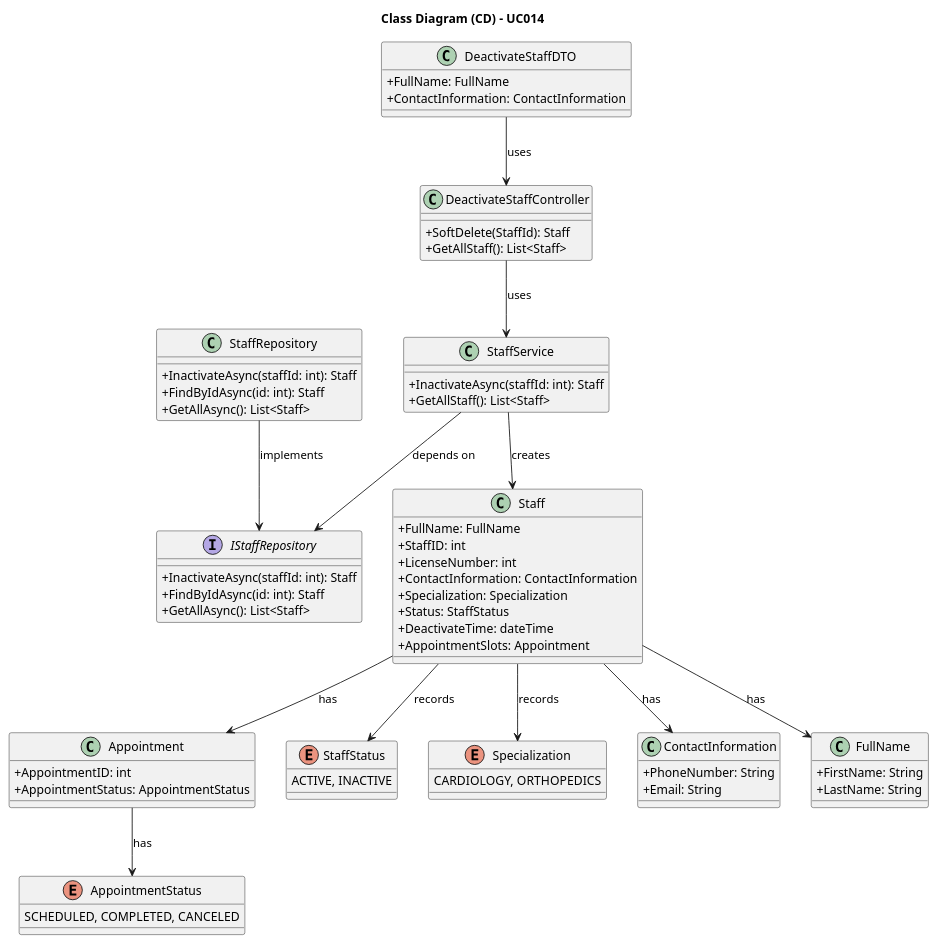
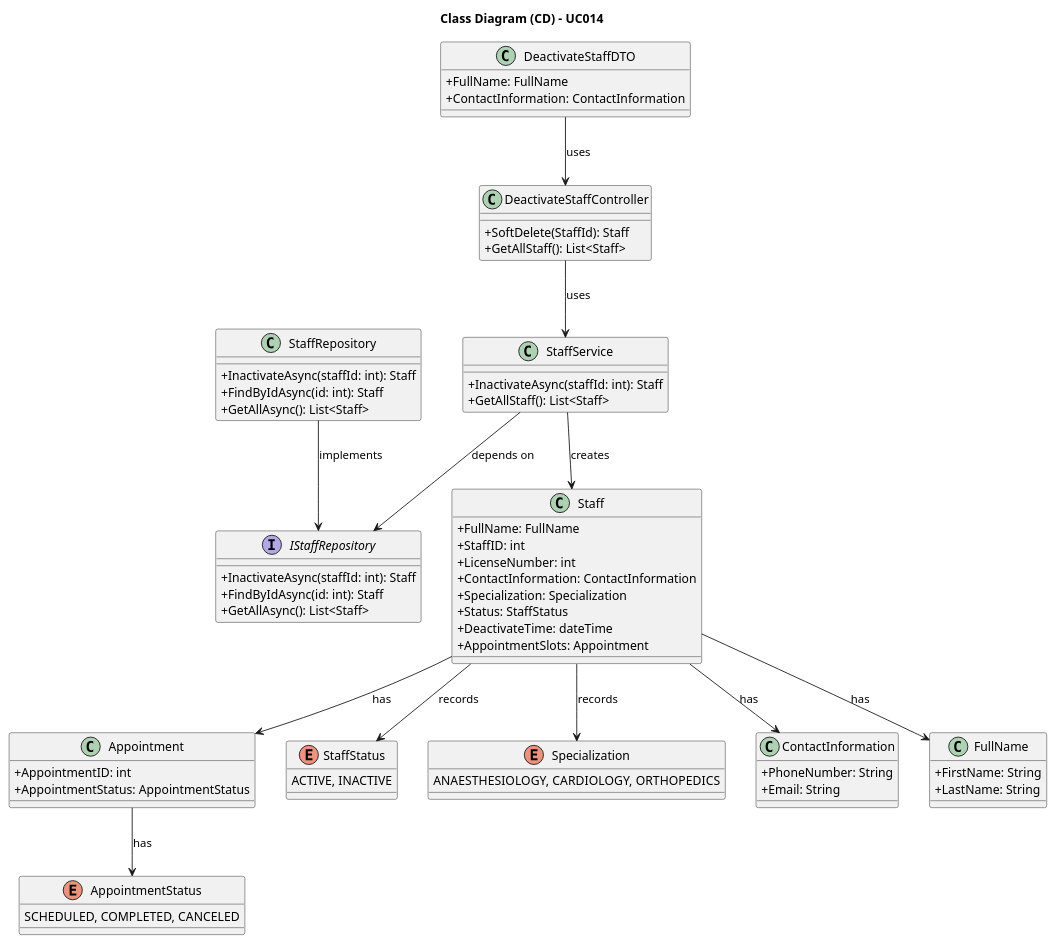
Before and after one commit to 1221124/sem5pi-24-25-g031: the diagram in docs/SprintA/UseCases/UC014/03.design/puml/uc014-class-diagram.puml, drawn with PlantUML. The commit also changed 4 other files, not shown here.

First line of the commit message:
#16 UC014: Design - Sequence diagram and Readme.md file created

```diff
--- a/docs/SprintA/UseCases/UC014/03.design/puml/uc014-class-diagram.puml
+++ b/docs/SprintA/UseCases/UC014/03.design/puml/uc014-class-diagram.puml
@@ -1,86 +1,86 @@
 @startuml
 skinparam packageStyle rectangle
 skinparam shadowing false
 
 skinparam classAttributeIconSize 0
 
 title Class Diagram (CD) - UC014
 
 class DeactivateStaffController {
     + SoftDelete(StaffId): Staff
     + GetAllStaff(): List<Staff>
 }
 
 class StaffService {
     + InactivateAsync(staffId: int): Staff
     + GetAllStaff(): List<Staff>
 }
 
 class DeactivateStaffDTO {
     + FullName: FullName
     + ContactInformation: ContactInformation
 }
 
 class Staff {
     + FullName: FullName
     + StaffID: int
     + LicenseNumber: int
     + ContactInformation: ContactInformation    
     + Specialization: Specialization
     + Status: StaffStatus
     + DeactivateTime: dateTime
     + AppointmentSlots: Appointment
 }
 
 class Appointment {
     + AppointmentID: int
     + AppointmentStatus: AppointmentStatus
 }
 
 enum AppointmentStatus{
     SCHEDULED, COMPLETED, CANCELED
 }
 
 enum StaffStatus {
     ACTIVE, INACTIVE
 }
 
 enum Specialization{
-    CARDIOLOGY, ORTHOPEDICS
+    ANAESTHESIOLOGY, CARDIOLOGY, ORTHOPEDICS
 }
 
 class ContactInformation{
     + PhoneNumber: String
     + Email: String
 }
 
 class FullName{
     + FirstName: String
     + LastName: String
 }
 
 interface IStaffRepository {
     + InactivateAsync(staffId: int): Staff
     + FindByIdAsync(id: int): Staff
     + GetAllAsync(): List<Staff>
 }
 
 class StaffRepository {
     + InactivateAsync(staffId: int): Staff
     + FindByIdAsync(id: int): Staff
     + GetAllAsync(): List<Staff>
 }
 
 DeactivateStaffDTO --> DeactivateStaffController : uses
 DeactivateStaffController --> StaffService : uses
 StaffService --> Staff : creates
 StaffService --> IStaffRepository : depends on
 StaffRepository --> IStaffRepository : implements
 Staff --> ContactInformation : has
 Staff --> FullName : has
 Staff --> StaffStatus : records
 Staff --> Specialization : records
 Staff --> Appointment : has
 Appointment --> AppointmentStatus : has
 
 @enduml
```
